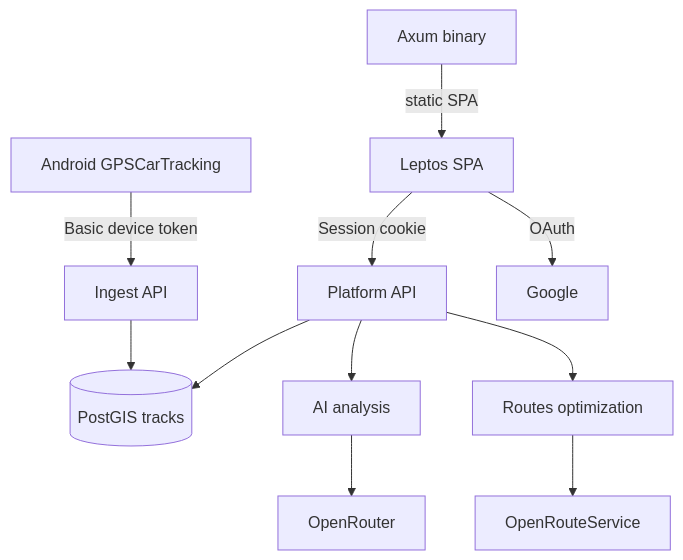
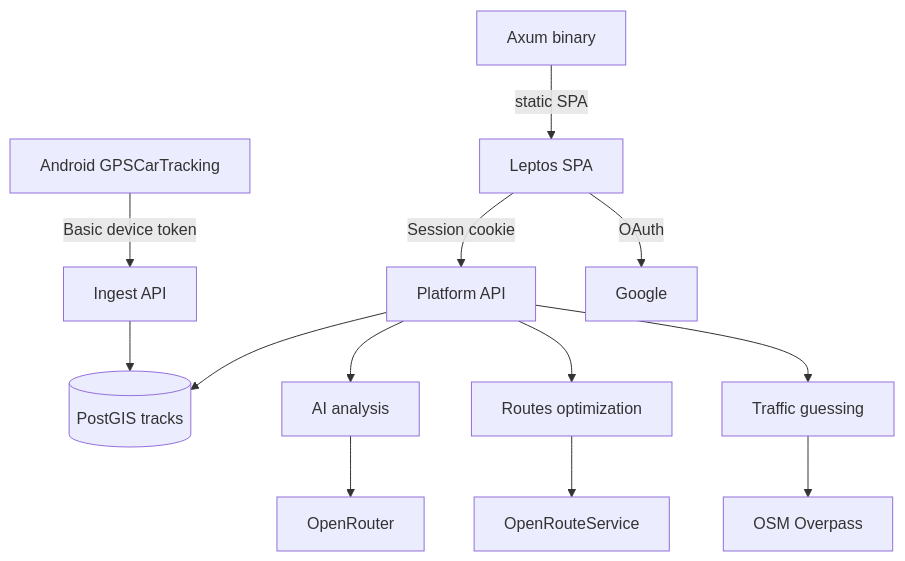
The diagram in README.md (lfdominguez/my-car-tracking-platform), drawn with Mermaid before and after one commit. The commit also changed other lines of this file and 20 other files, not shown here.

First line of the commit message:
feat: traffic guessing from speed vs OSM free-flow

````diff
--- a/README.md
+++ b/README.md
@@ -46,13 +47,15 @@
 ```mermaid
 flowchart TD
     Phone[Android GPSCarTracking] -->|Basic device token| Ingest[Ingest API]
     Browser[Leptos SPA] -->|Session cookie| Platform[Platform API]
     Browser -->|OAuth| Google[Google]
     Ingest --> Tracks[(PostGIS tracks)]
     Platform --> Tracks
     Platform --> AI[AI analysis]
     Platform --> Routes[Routes optimization]
+    Platform --> Traffic[Traffic guessing]
     AI --> OpenRouter[OpenRouter]
     Routes --> ORS[OpenRouteService]
+    Traffic --> Overpass[OSM Overpass]
     Server[Axum binary] -->|static SPA| Browser
 ```
````
